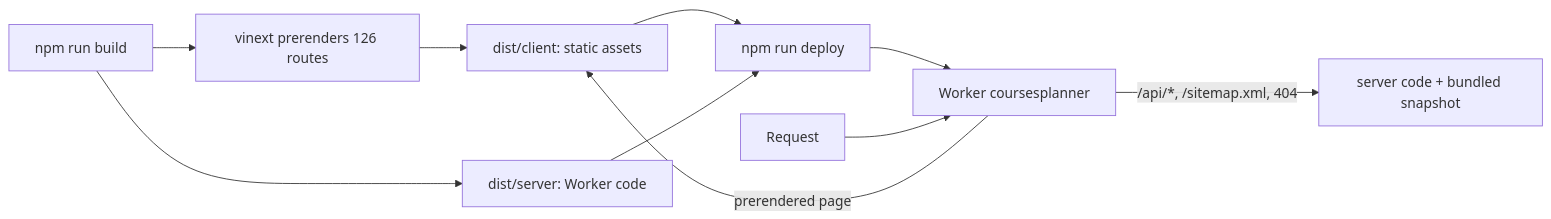
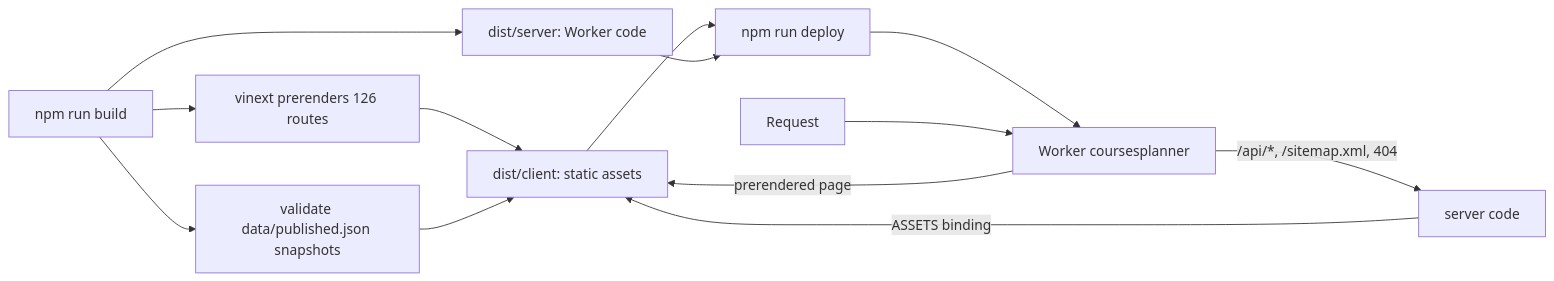
One commit to johnyuencm/CoursesPlanner changed the first of 2 diagrams in docs/deploy.md. Above: the diagram before and after it, drawn with Mermaid. The commit also changed other lines of this file and 23 other files, not shown here.

First line of the commit message:
feat: serve published snapshots as static assets from a build manifest (#61)

````diff
--- a/docs/deploy.md
+++ b/docs/deploy.md
@@ -23,12 +23,15 @@
 ```mermaid
 flowchart LR
   B[npm run build] --> P[vinext prerenders 126 routes]
   P --> A[dist/client: static assets]
+  B --> M[validate data/published.json snapshots]
+  M --> A
   B --> W[dist/server: Worker code]
   A --> D[npm run deploy]
   W --> D
   D --> CF[Worker coursesplanner]
   R[Request] --> CF
   CF -->|prerendered page| A
-  CF -->|/api/*, /sitemap.xml, 404| S[server code + bundled snapshot]
+  CF -->|/api/*, /sitemap.xml, 404| S[server code]
+  S -->|ASSETS binding| A
 ```
````
